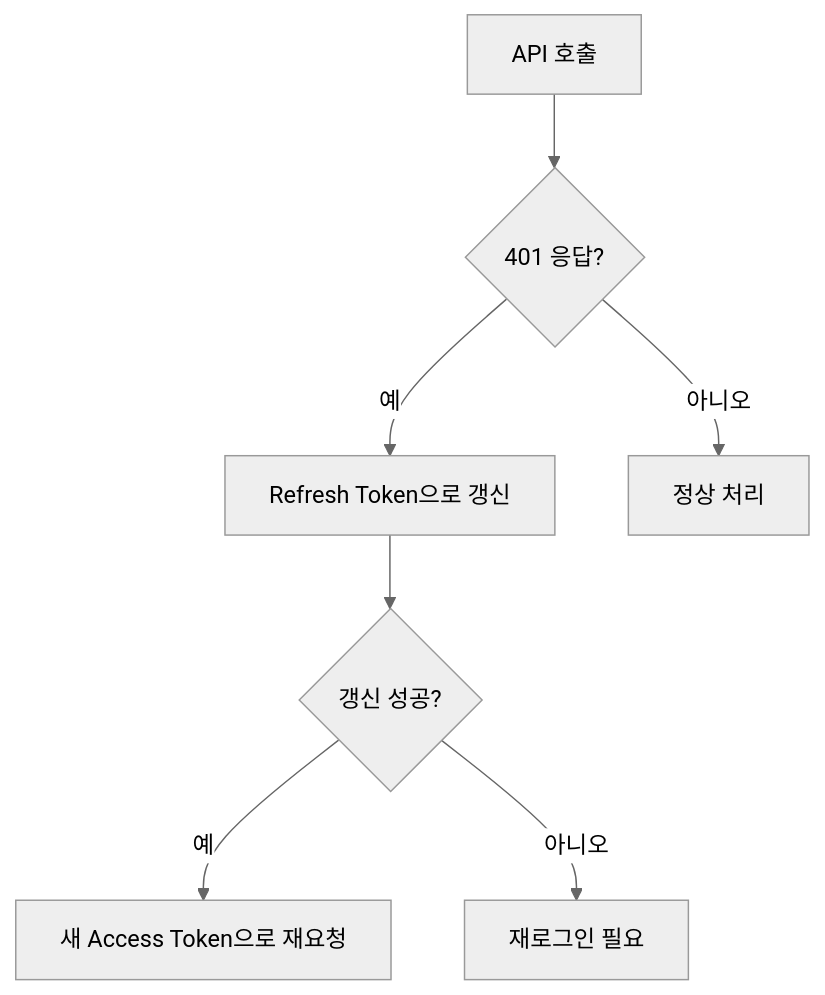
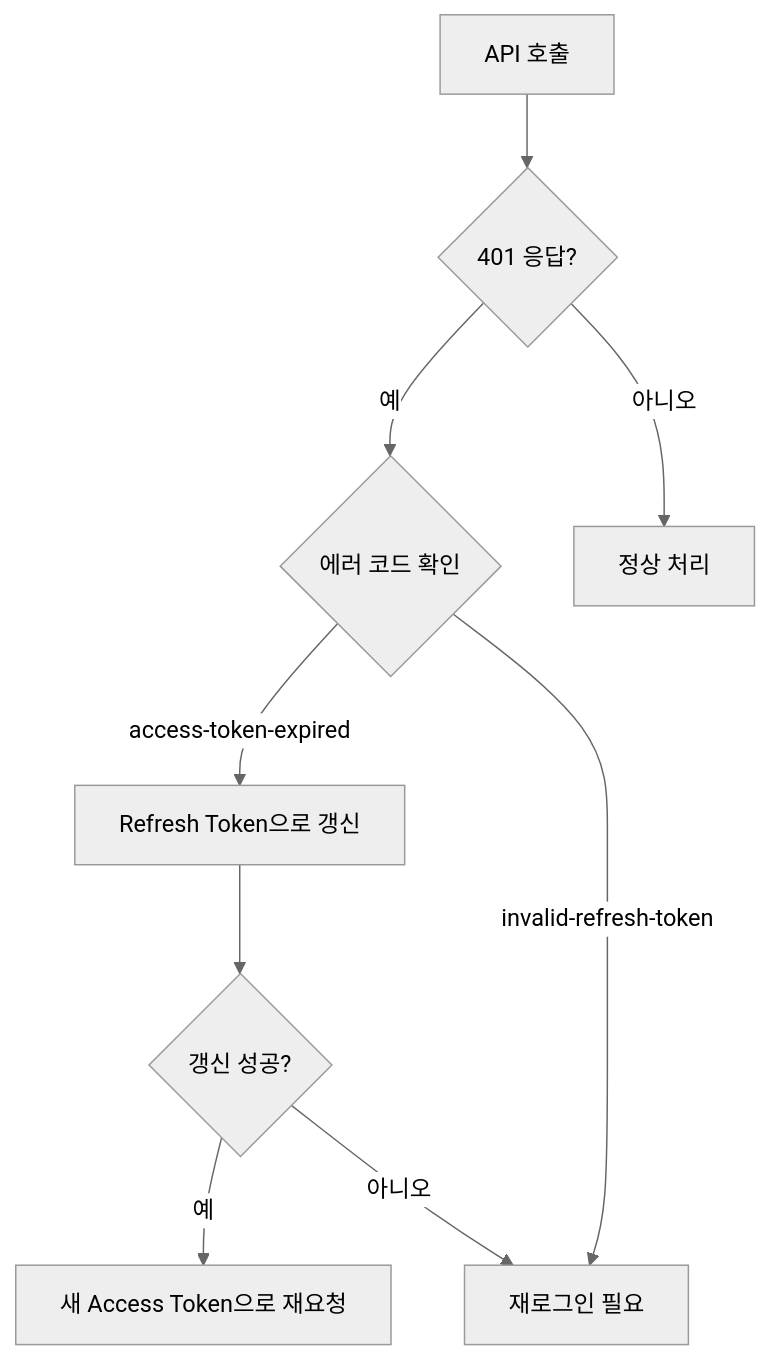
The diagram in ko/troubleshooting/03-auth-issues.md (popup-studio-ai/bkend-docs), drawn with Mermaid (neutral theme) before and after one commit. The commit also changed other lines of this file and 424 other files, not shown here.

````diff
--- a/ko/troubleshooting/03-auth-issues.md
+++ b/ko/troubleshooting/03-auth-issues.md
@@ -67,9 +127,11 @@
 ```mermaid
 flowchart TD
     A[API 호출] --> B{401 응답?}
-    B -->|예| C[Refresh Token으로 갱신]
-    C --> D{갱신 성공?}
-    D -->|예| E[새 Access Token으로 재요청]
-    D -->|아니오| F[재로그인 필요]
-    B -->|아니오| G[정상 처리]
+    B -->|예| C{에러 코드 확인}
+    C -->|access-token-expired| D[Refresh Token으로 갱신]
+    C -->|invalid-refresh-token| F[재로그인 필요]
+    D --> E{갱신 성공?}
+    E -->|예| G[새 Access Token으로 재요청]
+    E -->|아니오| F
+    B -->|아니오| H[정상 처리]
 ```
````
